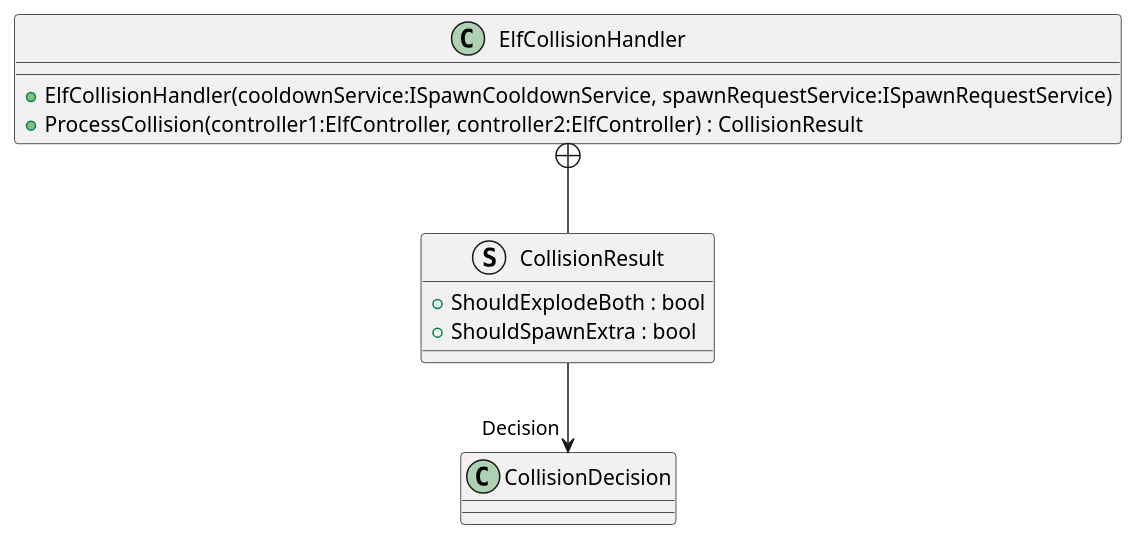
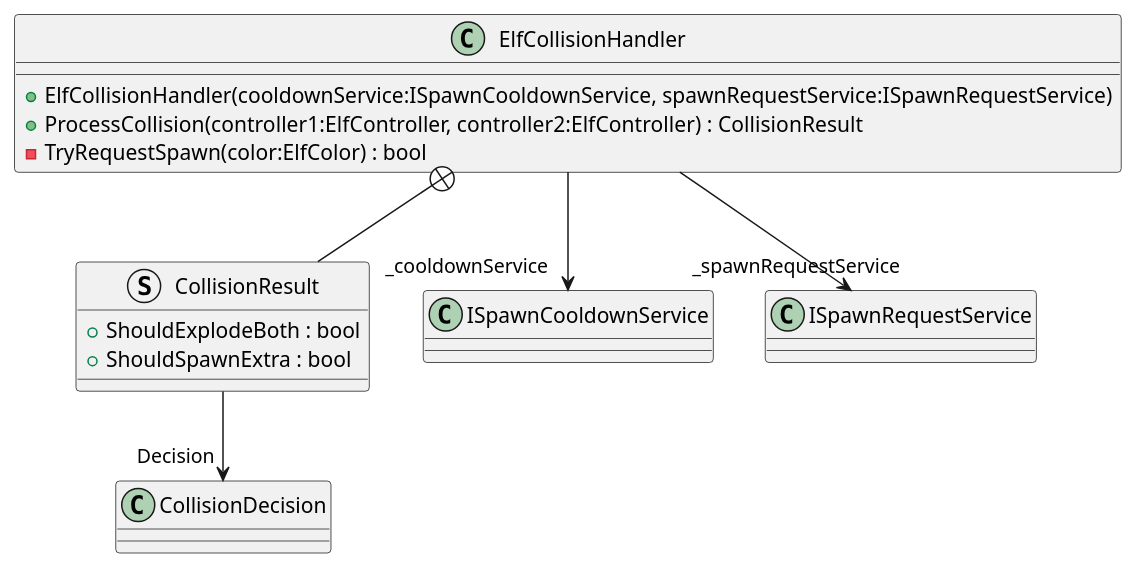
Before and after one commit to felipemmax/ExplodingElves: the diagram in puml/Assets/ExplodingElves/Scripts/Core/Collision/ElfCollisionHandler.puml, drawn with PlantUML. The commit also changed 97 other files, not shown here.

```diff
--- a/puml/Assets/ExplodingElves/Scripts/Core/Collision/ElfCollisionHandler.puml
+++ b/puml/Assets/ExplodingElves/Scripts/Core/Collision/ElfCollisionHandler.puml
@@ -1,12 +1,15 @@
 @startuml
 class ElfCollisionHandler {
     + ElfCollisionHandler(cooldownService:ISpawnCooldownService, spawnRequestService:ISpawnRequestService)
     + ProcessCollision(controller1:ElfController, controller2:ElfController) : CollisionResult
+    - TryRequestSpawn(color:ElfColor) : bool
 }
 struct CollisionResult {
     + ShouldExplodeBoth : bool
     + ShouldSpawnExtra : bool
 }
+ElfCollisionHandler --> "_cooldownService" ISpawnCooldownService
+ElfCollisionHandler --> "_spawnRequestService" ISpawnRequestService
 ElfCollisionHandler +-- CollisionResult
 CollisionResult --> "Decision" CollisionDecision
 @enduml
```
